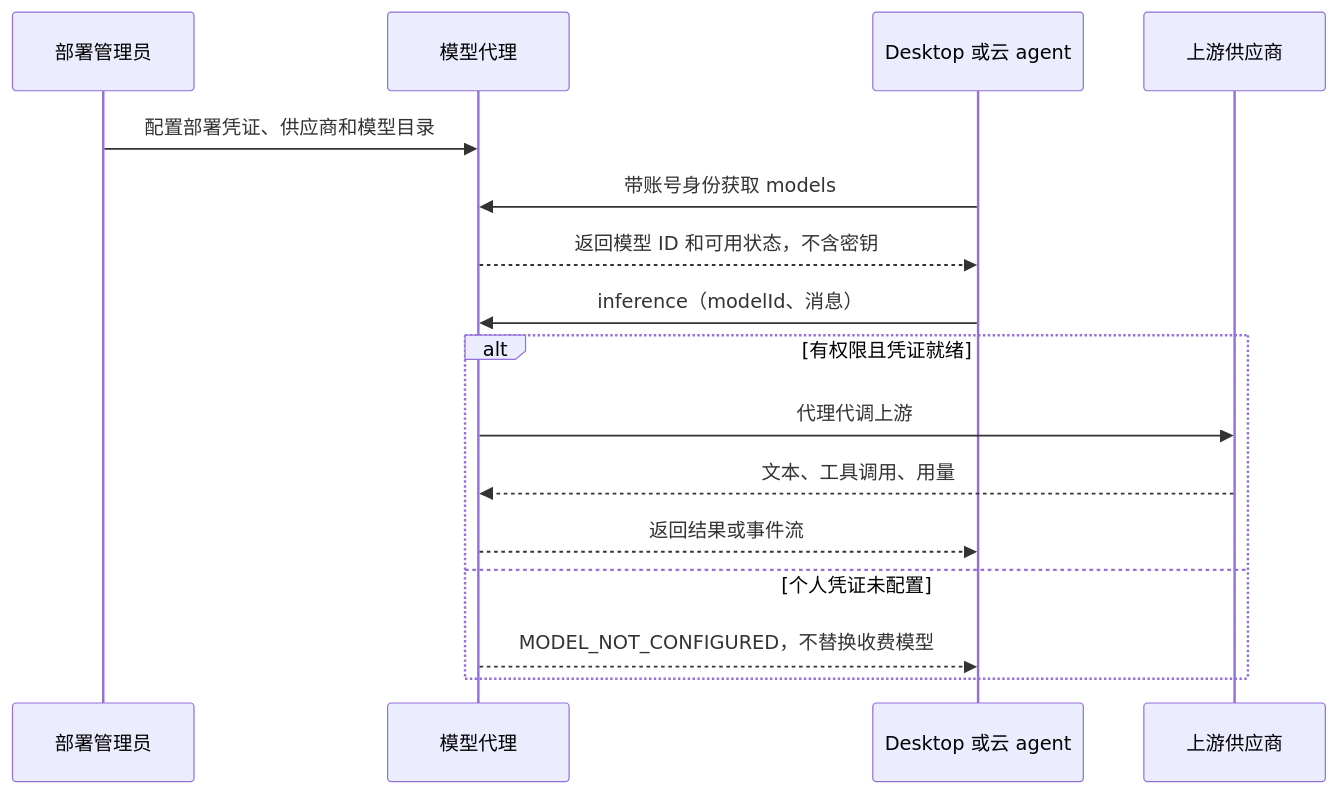
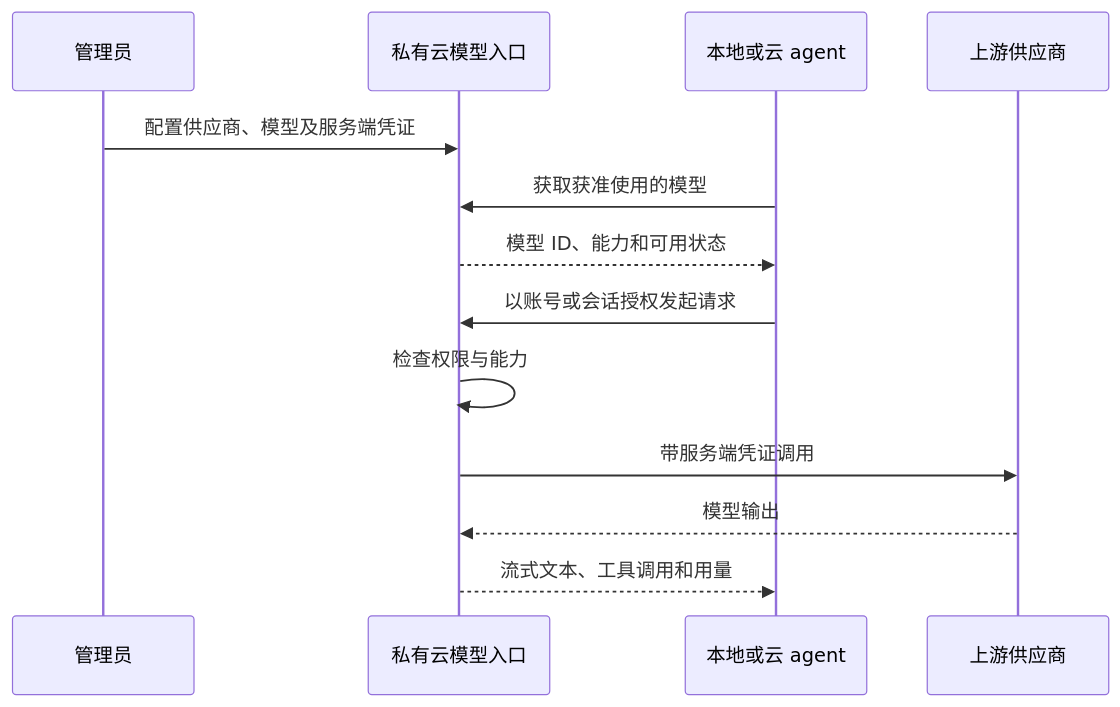
Before and after one commit to LiusCraft/pi-desktop: the seventh of 7 diagrams in docs/private-cloud-design.md, drawn with Mermaid. The commit also changed other lines of this file, not shown here.

````diff
--- a/docs/private-cloud-design.md
+++ b/docs/private-cloud-design.md
@@ -301,18 +442,15 @@
 ```mermaid
 sequenceDiagram
-    participant Admin as 部署管理员
-    participant P as 模型代理
-    participant D as Desktop 或云 agent
-    participant V as 上游供应商
-    Admin->>P: 配置部署凭证、供应商和模型目录
-    D->>P: 带账号身份获取 models
-    P-->>D: 返回模型 ID 和可用状态，不含密钥
-    D->>P: inference（modelId、消息）
-    alt 有权限且凭证就绪
-        P->>V: 代理代调上游
-        V-->>P: 文本、工具调用、用量
-        P-->>D: 返回结果或事件流
-    else 个人凭证未配置
-        P-->>D: MODEL_NOT_CONFIGURED，不替换收费模型
-    end
+    participant Admin as 管理员
+    participant M as 私有云模型入口
+    participant D as 本地或云 agent
+    participant P as 上游供应商
+    Admin->>M: 配置供应商、模型及服务端凭证
+    D->>M: 获取获准使用的模型
+    M-->>D: 模型 ID、能力和可用状态
+    D->>M: 以账号或会话授权发起请求
+    M->>M: 检查权限与能力
+    M->>P: 带服务端凭证调用
+    P-->>M: 模型输出
+    M-->>D: 流式文本、工具调用和用量
 ```
````
